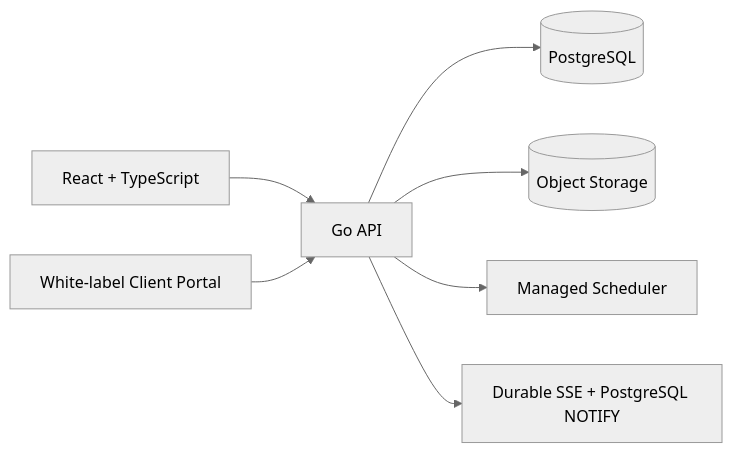
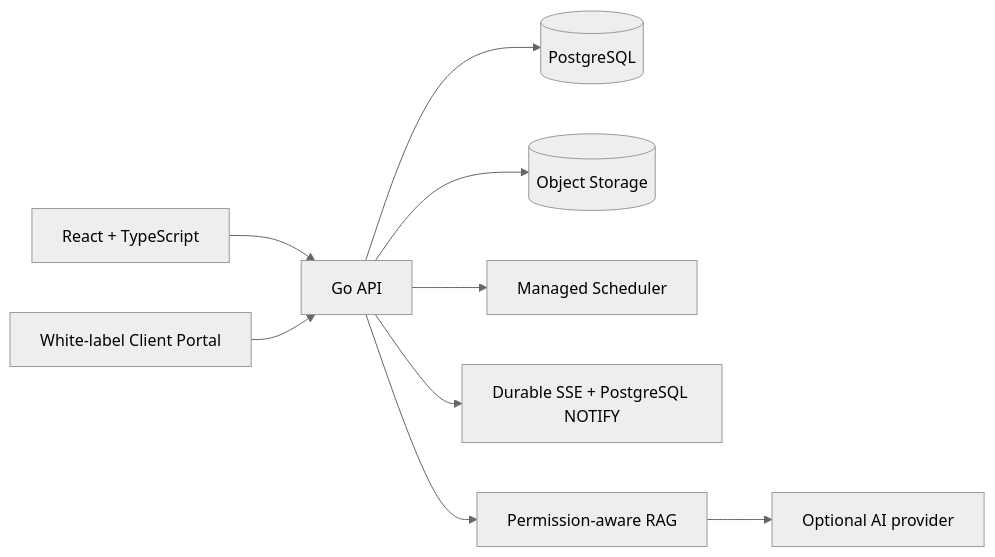
Before and after one commit to thiagomontozo/lawoffice-os: the first of 2 diagrams in README.md, drawn with Mermaid (neutral theme). The commit also changed other lines of this file and 33 other files, not shown here.

First line of the commit message:
feat: add permission-aware Matter RAG and AI workspace (#20)

````diff
--- a/README.md
+++ b/README.md
@@ -38,9 +38,11 @@
 ```mermaid
 flowchart LR
     React["React + TypeScript"] --> API["Go API"]
     Portal["White-label Client Portal"] --> API
     API --> PG[(PostgreSQL)]
     API --> Storage[(Object Storage)]
     API --> Scheduler["Managed Scheduler"]
     API --> SSE["Durable SSE + PostgreSQL NOTIFY"]
+    API --> RAG["Permission-aware RAG"]
+    RAG --> AI["Optional AI provider"]
 ```
````
